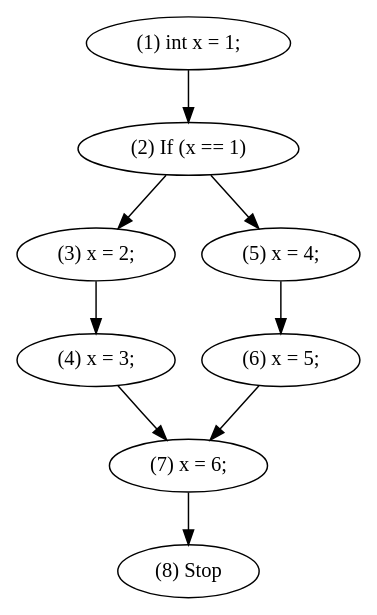
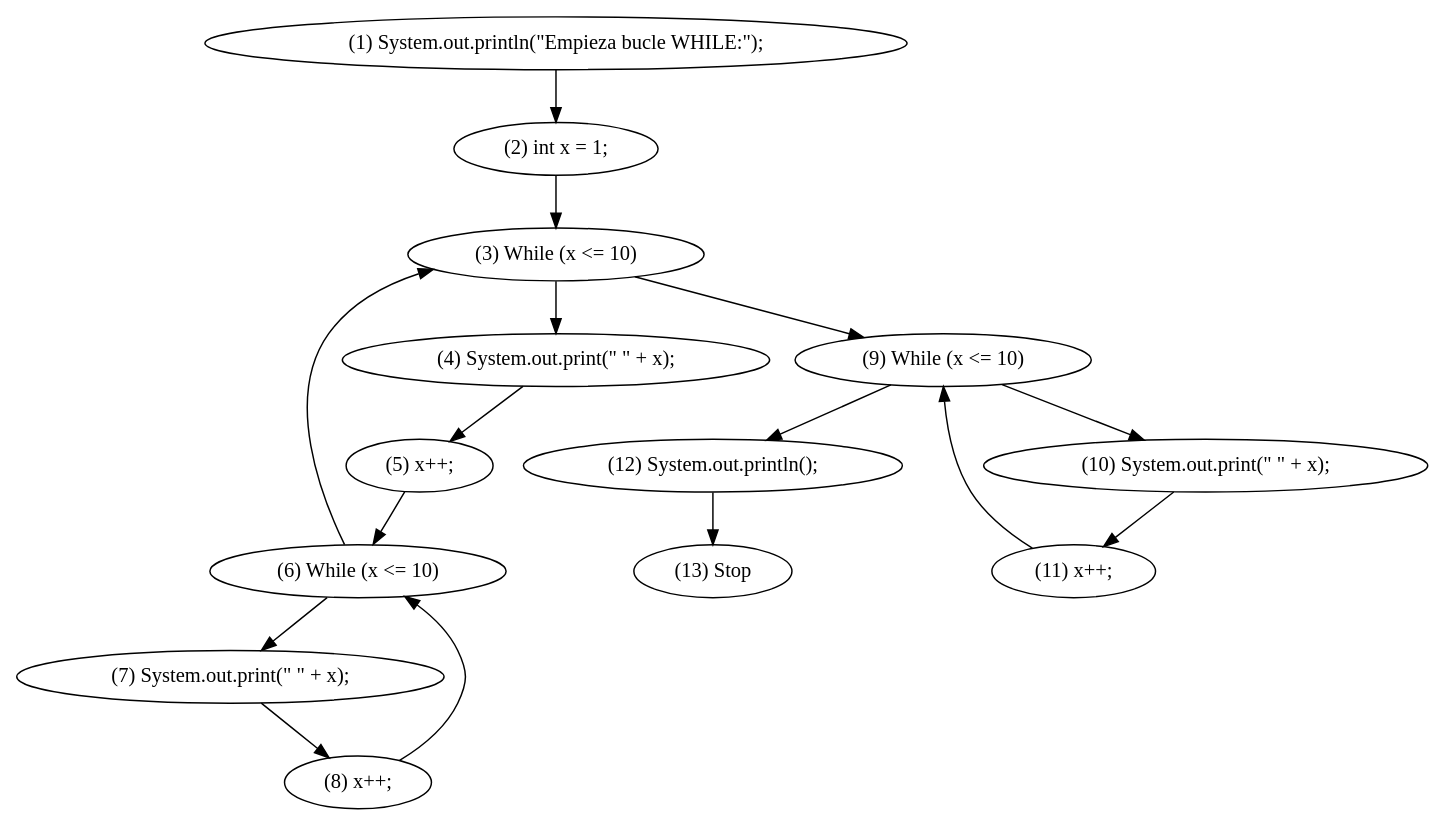
One commit to JuanColonGarcia/Metaprogram changed the diagram in dotsource.dot. Above: the diagram before and after it, drawn with Graphviz. The commit also changed 20 other files, not shown here.

```diff
--- a/dotsource.dot
+++ b/dotsource.dot
@@ -1,2 +1,2 @@
 digraph G {
-"(1) int x = 1;" -> "(2) If (x == 1)""(2) If (x == 1)" -> "(3) x = 2;""(3) x = 2;" -> "(4) x = 3;""(2) If (x == 1)" -> "(5) x = 4;""(5) x = 4;" -> "(6) x = 5;""(4) x = 3;" -> "(7) x = 6;""(6) x = 5;" -> "(7) x = 6;""(7) x = 6;" -> "(8) Stop"}
+"(1) System.out.println(\"Empieza bucle WHILE:\");" -> "(2) int x = 1;""(2) int x = 1;" -> "(3) While (x <= 10)""(3) While (x <= 10)" -> "(4) System.out.print(\" \" + x);""(4) System.out.print(\" \" + x);" -> "(5) x++;""(5) x++;" -> "(6) While (x <= 10)""(6) While (x <= 10)" -> "(7) System.out.print(\" \" + x);""(7) System.out.print(\" \" + x);" -> "(8) x++;""(8) x++;" -> "(6) While (x <= 10)""(6) While (x <= 10)" -> "(3) While (x <= 10)""(3) While (x <= 10)" -> "(9) While (x <= 10)""(9) While (x <= 10)" -> "(10) System.out.print(\" \" + x);""(10) System.out.print(\" \" + x);" -> "(11) x++;""(11) x++;" -> "(9) While (x <= 10)""(9) While (x <= 10)" -> "(12) System.out.println();""(12) System.out.println();" -> "(13) Stop"}
```
